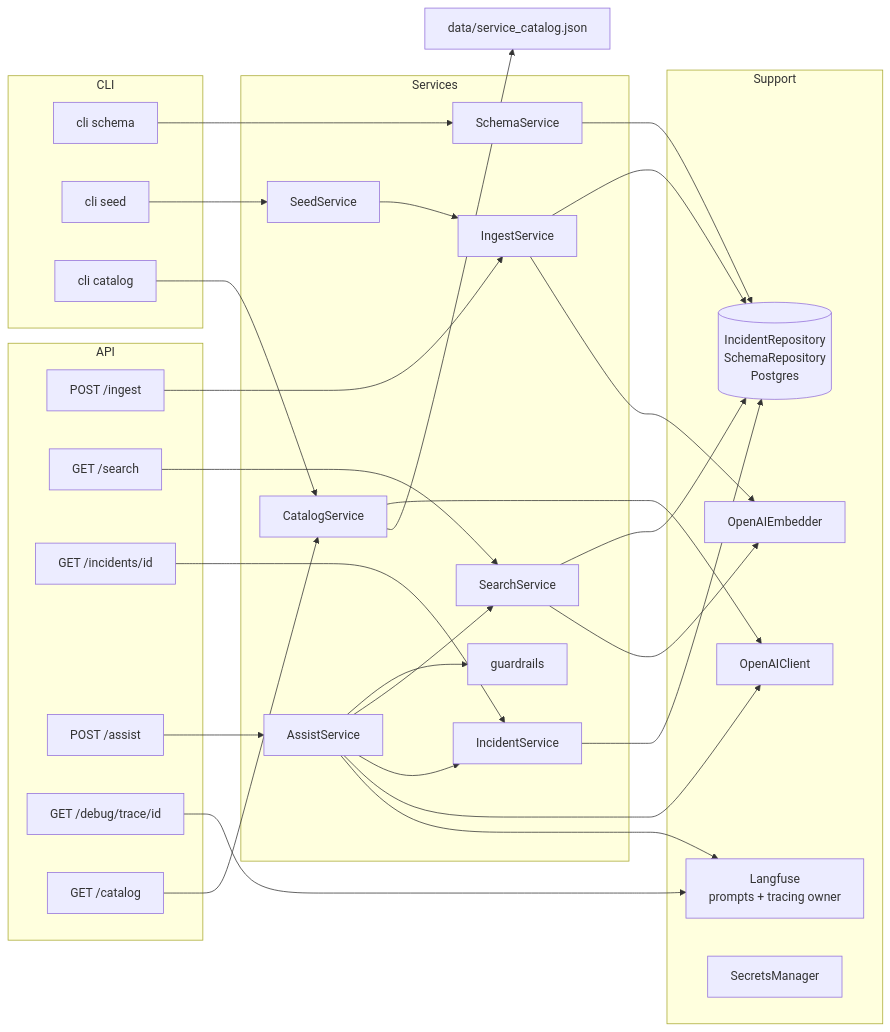
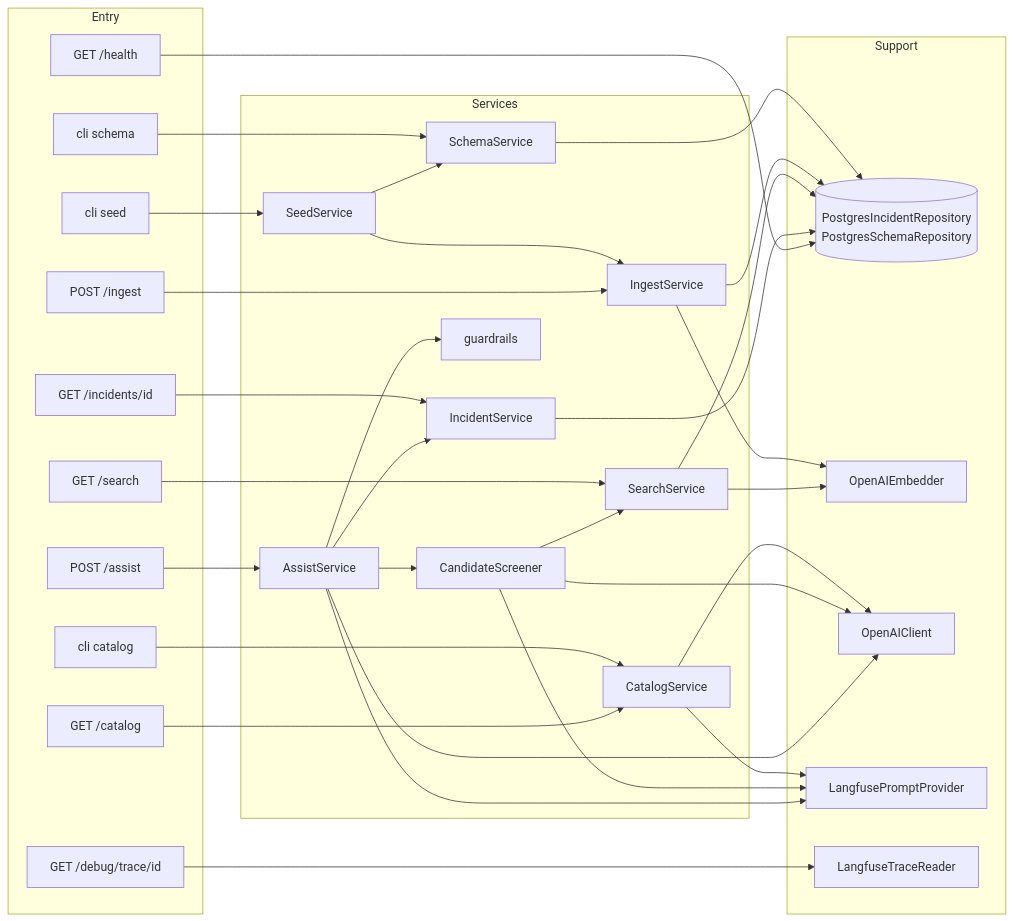
Before and after one commit to gustavomoises/dayforce: the third of 9 diagrams in architecture.md, drawn with Mermaid. The commit also changed other lines of this file and 25 other files, not shown here.

Commit message:
task 8: README, PROMPTS, AI-NOTES, TRADEOFFS, live tests, Postman, synced architecture docs; remove pre-task leftovers

````diff
--- a/architecture.md
+++ b/architecture.md
@@ -138,39 +143,45 @@
 ```mermaid
 flowchart LR
-    subgraph API
-      R1[POST /ingest] & R2[GET /search] & R3[GET /incidents/id] & R4[POST /assist] & R5[GET /debug/trace/id] & R6[GET /catalog]
-    end
-    subgraph CLI
-      C1[cli schema] & C2[cli seed] & C3[cli catalog]
+    subgraph Entry
+      R1["POST /ingest"] & R2["GET /search"] & R3["GET /incidents/id"] & R4["POST /assist"] & R5["GET /catalog"] & R6["GET /debug/trace/id"] & R7["GET /health"]
+      C1["cli schema"] & C2["cli catalog"] & C3["cli seed"]
     end
     subgraph Services
       SCH[SchemaService]
+      CAT[CatalogService]
       SEED[SeedService]
-      CS[CatalogService]
-      IS[IngestService]
+      ING[IngestService]
       SS[SearchService]
-      ICS[IncidentService]
-      AS[AssistService] --> G[guardrails]
+      INC[IncidentService]
+      AS[AssistService]
+      CS[CandidateScreener]
+      GR[guardrails]
     end
     subgraph Support
-      DB[(IncidentRepository<br/>SchemaRepository<br/>Postgres)]
+      DB[("PostgresIncidentRepository<br/>PostgresSchemaRepository")]
+      EMB[OpenAIEmbedder]
       LLM[OpenAIClient]
-      EMB[OpenAIEmbedder]
-      LF[Langfuse<br/>prompts + tracing owner]
-      SM[SecretsManager]
+      PR[LangfusePromptProvider]
+      TR[LangfuseTraceReader]
     end
-    C1-->SCH-->DB
-    C2-->SEED-->IS
-    C3-->CS-->LLM
-    R1-->IS-->DB
-    IS-->EMB
-    R2-->SS-->DB
-    SS-->EMB
-    R3-->ICS-->DB
-    R4-->AS-->SS
-    AS-->ICS
-    AS-->LLM
-    AS-->LF
-    R5-->LF
-    R6-->CS-->CF[data/service_catalog.json]
+    C1 --> SCH --> DB
+    C2 --> CAT --> PR
+    CAT --> LLM
+    C3 --> SEED --> SCH
+    SEED --> ING
+    R1 --> ING --> DB
+    ING --> EMB
+    R2 --> SS --> DB
+    SS --> EMB
+    R3 --> INC --> DB
+    R4 --> AS --> CS --> SS
+    CS --> PR
+    CS --> LLM
+    AS --> INC
+    AS --> PR
+    AS --> LLM
+    AS --> GR
+    R5 --> CAT
+    R6 --> TR
+    R7 --> DB
 ```
````
